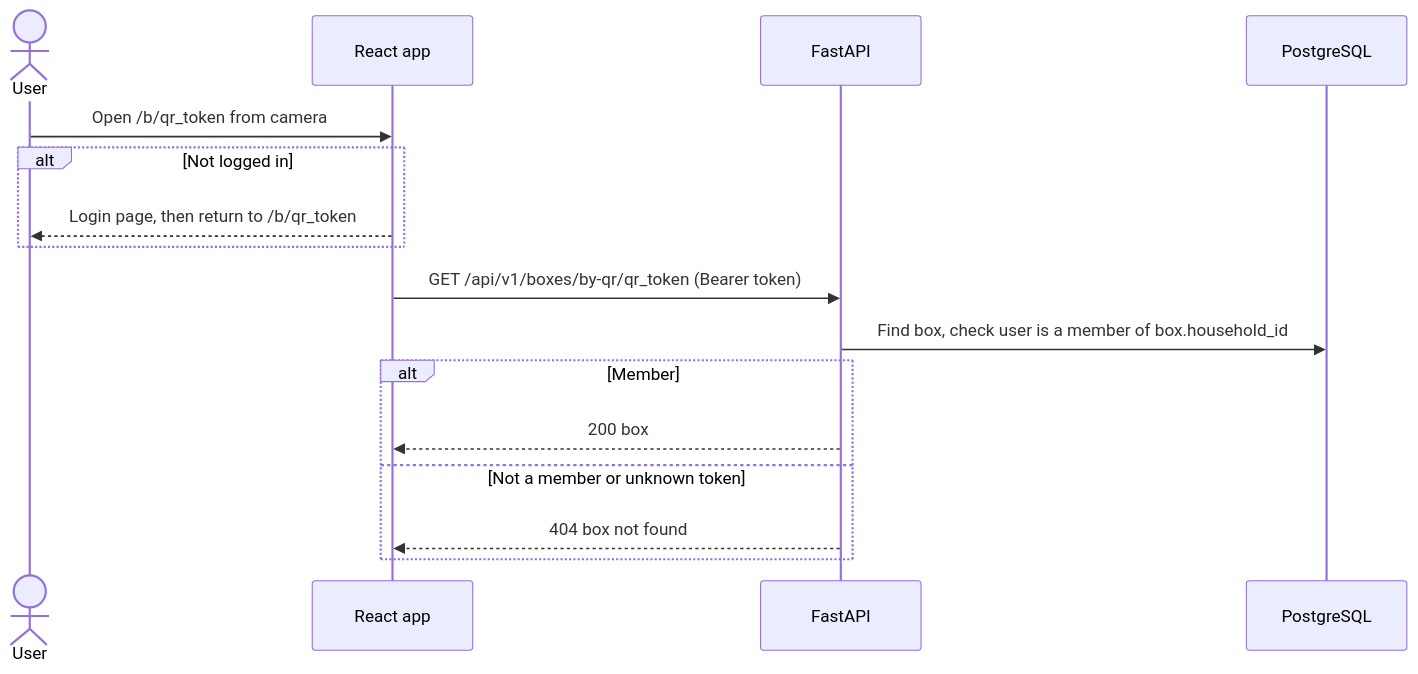
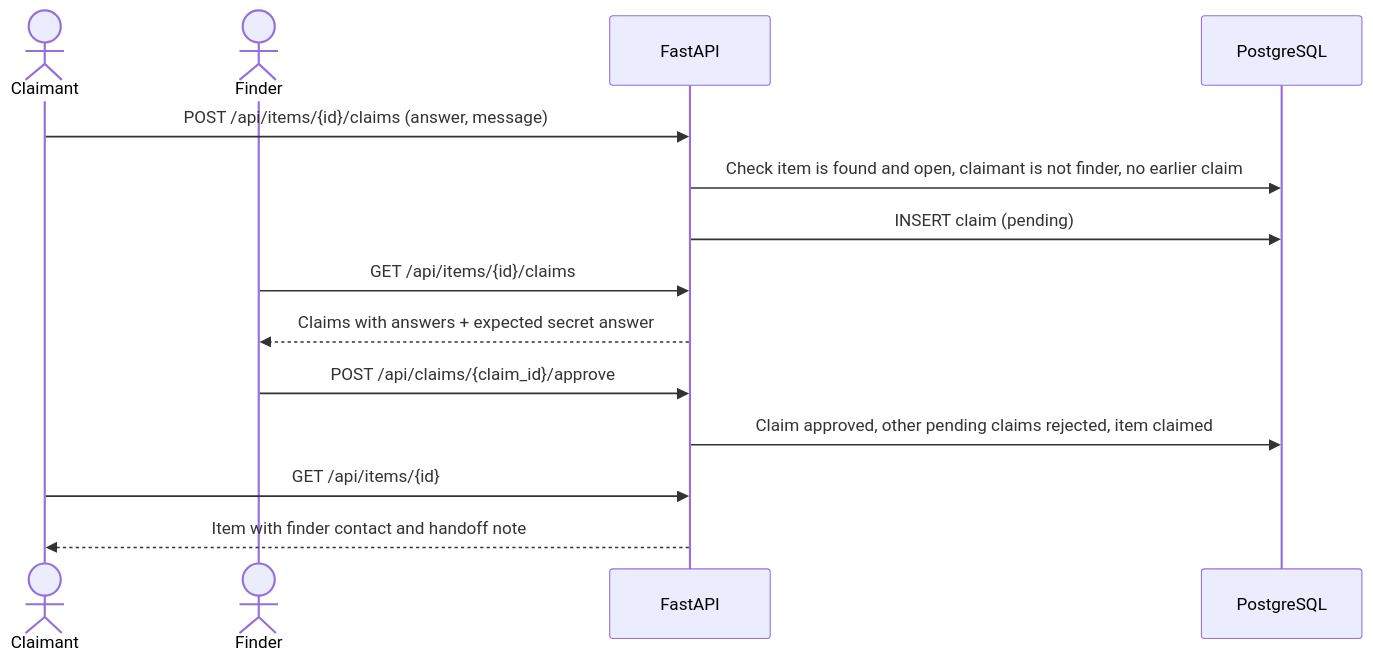
One commit to zarints05/2311933-S5-BoxBrain changed the fourth of 6 diagrams in docs/03-tdd.md. Above: the diagram before and after it, drawn with Mermaid. The commit also changed other lines of this file and 38 other files, not shown here.

````diff
--- a/docs/03-tdd.md
+++ b/docs/03-tdd.md
@@ -168,18 +112,16 @@
 ```mermaid
 sequenceDiagram
-    actor U as User
-    participant UI as React app
+    actor C as Claimant
+    actor F as Finder
     participant API as FastAPI
     participant DB as PostgreSQL
-    U->>UI: Open /b/qr_token from camera
-    alt Not logged in
-        UI-->>U: Login page, then return to /b/qr_token
-    end
-    UI->>API: GET /api/v1/boxes/by-qr/qr_token (Bearer token)
-    API->>DB: Find box, check user is a member of box.household_id
-    alt Member
-        API-->>UI: 200 box
-    else Not a member or unknown token
-        API-->>UI: 404 box not found
-    end
+    C->>API: POST /api/items/{id}/claims (answer, message)
+    API->>DB: Check item is found and open, claimant is not finder, no earlier claim
+    API->>DB: INSERT claim (pending)
+    F->>API: GET /api/items/{id}/claims
+    API-->>F: Claims with answers + expected secret answer
+    F->>API: POST /api/claims/{claim_id}/approve
+    API->>DB: Claim approved, other pending claims rejected, item claimed
+    C->>API: GET /api/items/{id}
+    API-->>C: Item with finder contact and handoff note
 ```
````
